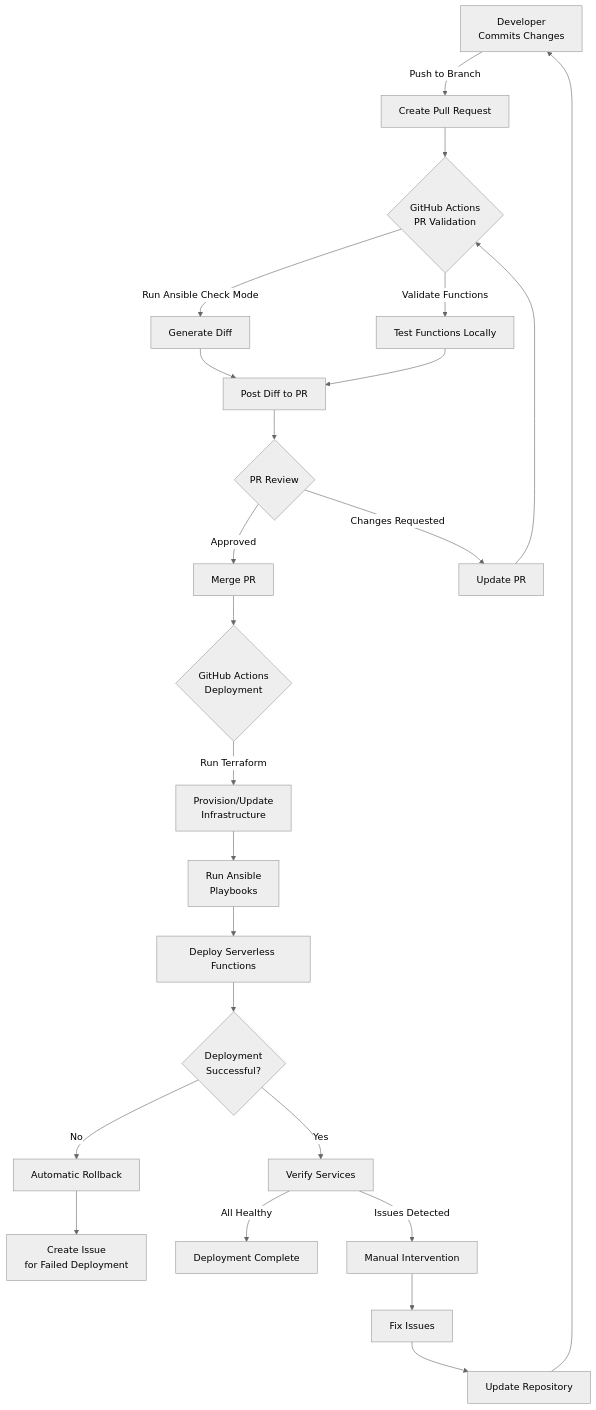
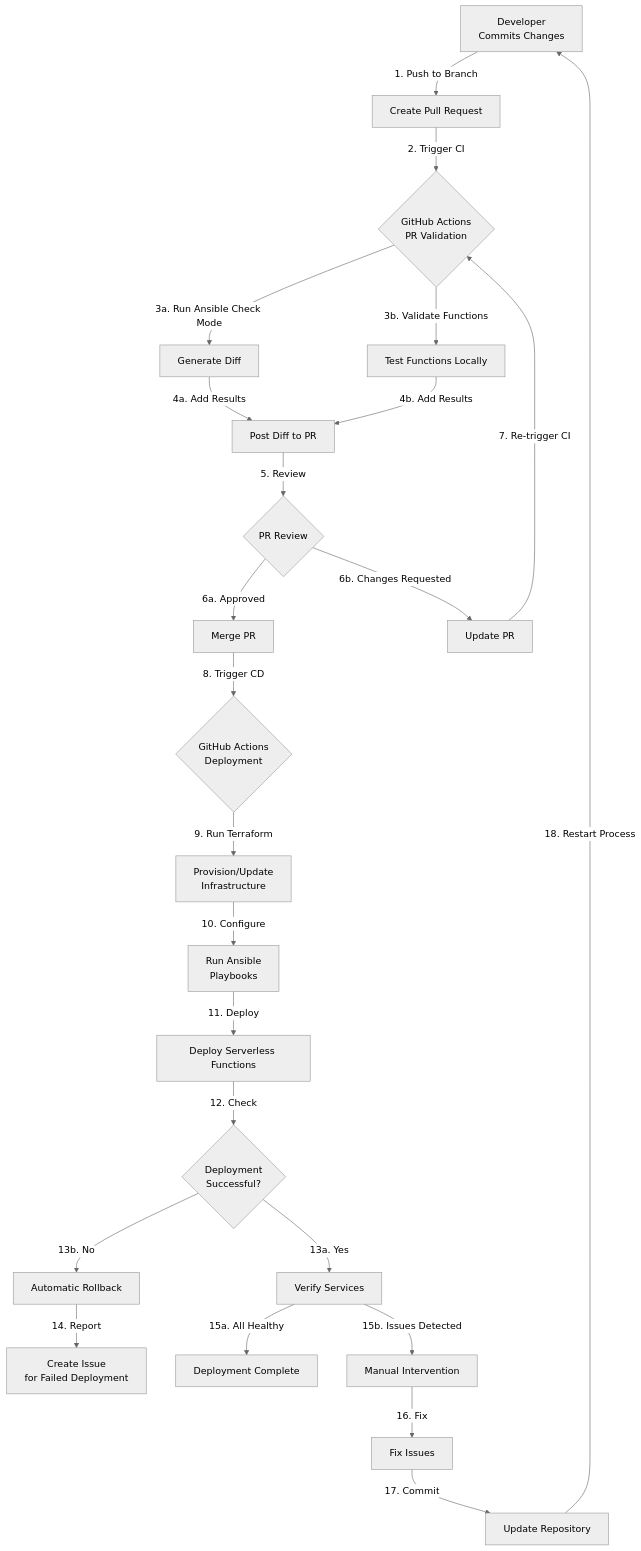
Before and after one commit to deepbrainspace/deepbrain-stack: the second of 7 diagrams in documentation/infrastructure-diagrams.md, drawn with Mermaid (neutral theme). The commit also changed other lines of this file, not shown here.

````diff
--- a/documentation/infrastructure-diagrams.md
+++ b/documentation/infrastructure-diagrams.md
@@ -134,26 +134,26 @@
 ```mermaid
 flowchart TD
-    A["Developer\nCommits Changes"] -->|Push to Branch| B["Create Pull Request"]
-    B --> C{"GitHub Actions\nPR Validation"}
-    C -->|Run Ansible Check Mode| D["Generate Diff"]
-    C -->|Validate Functions| E["Test Functions Locally"]
-    D --> F["Post Diff to PR"]
-    E --> F
-    F --> G{"PR Review"}
-    G -->|Approved| H["Merge PR"]
-    G -->|Changes Requested| I["Update PR"]
-    I --> C
-    H --> J{"GitHub Actions\nDeployment"}
-    J -->|Run Terraform| K["Provision/Update\nInfrastructure"]
-    K --> L["Run Ansible\nPlaybooks"]
-    L --> M["Deploy Serverless Functions"]
-    M --> N{"Deployment\nSuccessful?"}
-    N -->|Yes| O["Verify Services"]
-    N -->|No| P["Automatic Rollback"]
-    P --> Q["Create Issue\nfor Failed Deployment"]
-    O -->|All Healthy| R["Deployment Complete"]
-    O -->|Issues Detected| S["Manual Intervention"]
-    S --> T["Fix Issues"]
-    T --> U["Update Repository"]
-    U --> A
+    A["Developer\nCommits Changes"] -->|1. Push to Branch| B["Create Pull Request"]
+    B --> |2. Trigger CI| C{"GitHub Actions\nPR Validation"}
+    C -->|3a. Run Ansible Check Mode| D["Generate Diff"]
+    C -->|3b. Validate Functions| E["Test Functions Locally"]
+    D --> |4a. Add Results| F["Post Diff to PR"]
+    E --> |4b. Add Results| F
+    F --> |5. Review| G{"PR Review"}
+    G -->|6a. Approved| H["Merge PR"]
+    G -->|6b. Changes Requested| I["Update PR"]
+    I --> |7. Re-trigger CI| C
+    H --> |8. Trigger CD| J{"GitHub Actions\nDeployment"}
+    J -->|9. Run Terraform| K["Provision/Update\nInfrastructure"]
+    K --> |10. Configure| L["Run Ansible\nPlaybooks"]
+    L --> |11. Deploy| M["Deploy Serverless Functions"]
+    M --> |12. Check| N{"Deployment\nSuccessful?"}
+    N -->|13a. Yes| O["Verify Services"]
+    N -->|13b. No| P["Automatic Rollback"]
+    P --> |14. Report| Q["Create Issue\nfor Failed Deployment"]
+    O -->|15a. All Healthy| R["Deployment Complete"]
+    O -->|15b. Issues Detected| S["Manual Intervention"]
+    S --> |16. Fix| T["Fix Issues"]
+    T --> |17. Commit| U["Update Repository"]
+    U --> |18. Restart Process| A
 ```
````
